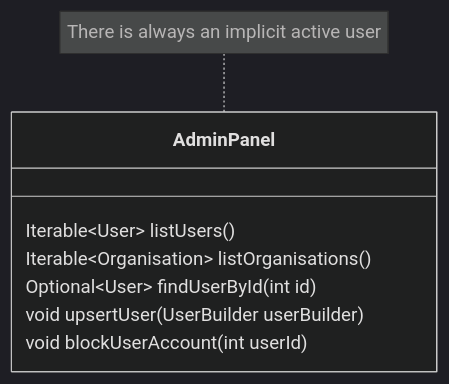
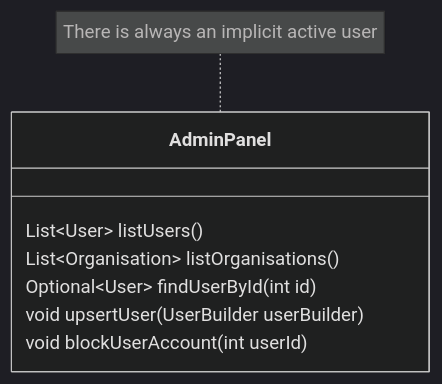
The fourth of 4 diagrams in docs/class.md (grancalavera/auction-house), drawn with Mermaid (dark theme) before and after one commit. The commit also changed other lines of this file and 8 other files, not shown here.

````diff
--- a/docs/class.md
+++ b/docs/class.md
@@ -154,18 +147,18 @@
 ```mermaid
 classDiagram
 note for AdminPanel "There is always an implicit active user"
 class AdminPanel {
-  Iterable~User~ listUsers()
-  Iterable~Organisation~ listOrganisations()
+  List~User~ listUsers()
+  List~Organisation~ listOrganisations()
   Optional~User~ findUserById(int id)
   %% how do we enforce the user has an id?
   %% the builder should resolve the id if one is not given
   %% and upsert user should create the user if it exists and update the user if it doesn't
   %% but then you have a problem, which is validating if the username is unique, which
   %% currently is done by UserBuilder but maybe should be done by AdminPanel
   void upsertUser(UserBuilder userBuilder)
   %% throws if userId doesn't exist
   void blockUserAccount(int userId)
 }
 
 ```
````
